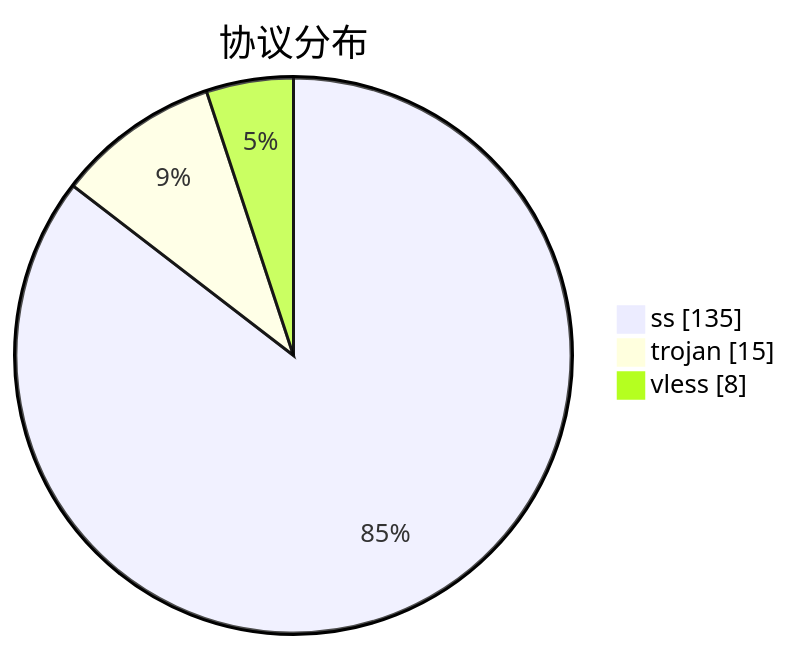
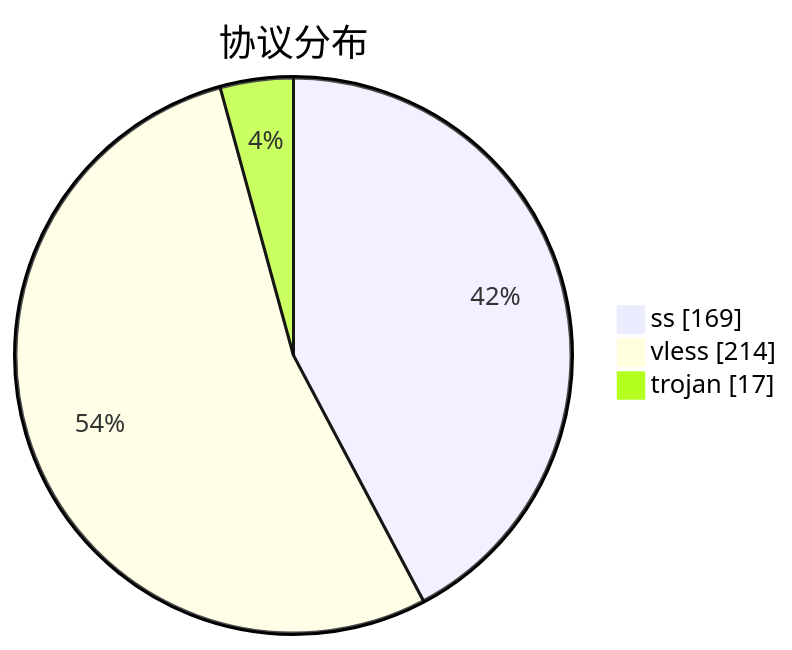
The third of 3 diagrams in subs/statistics/tested_within.md (qjlxg/airport), drawn with Mermaid before and after one commit. The commit also changed other lines of this file and 2 other files, not shown here.

````diff
--- a/subs/statistics/tested_within.md
+++ b/subs/statistics/tested_within.md
@@ -32,7 +35,7 @@
 ```mermaid
 pie showData
 title 协议分布
-"ss" : 135
-"trojan" : 15
-"vless" : 8
+"ss" : 169
+"vless" : 214
+"trojan" : 17
 ```
````
